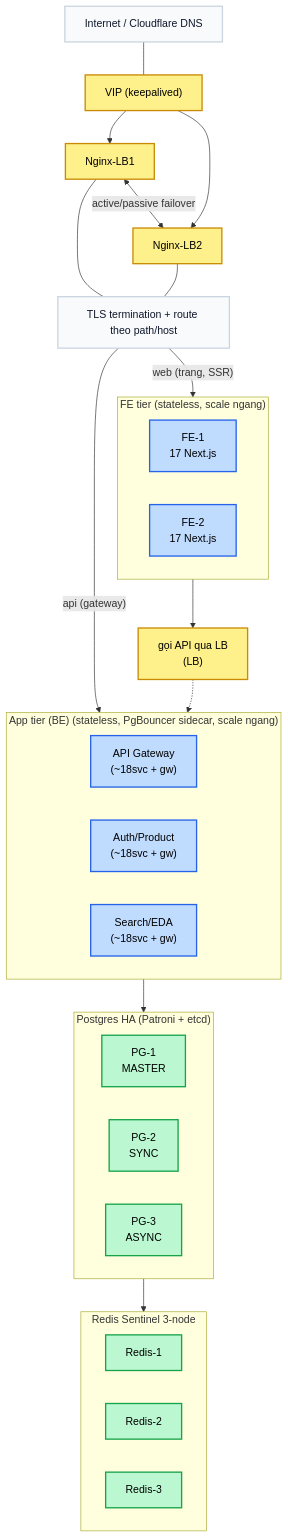
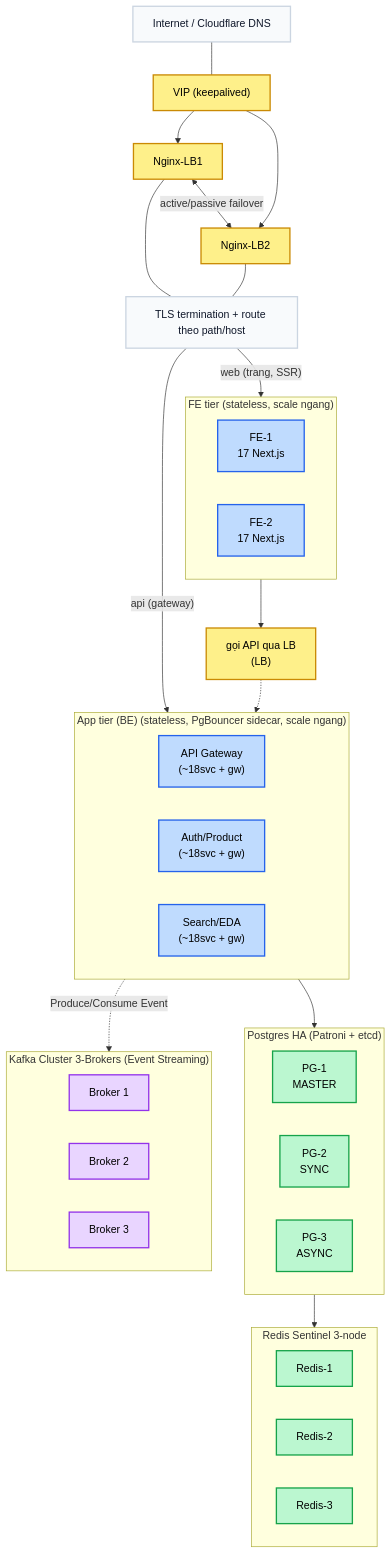
Before and after one commit to Vtvuong93/Mo_Hinh_Services_Shoppee: the second of 5 diagrams in shoppee-services.md, drawn with Mermaid. The commit also changed other lines of this file, not shown here.

Commit message:
add kafka cluster to diagram 1.2

````diff
--- a/shoppee-services.md
+++ b/shoppee-services.md
@@ -83,54 +82,63 @@
 ```mermaid
 flowchart TB
     classDef client fill:#f8fafc,stroke:#cbd5e1,stroke-width:2px,color:#0f172a;
     classDef lb fill:#fef08a,stroke:#ca8a04,stroke-width:2px,color:#000;
     classDef svc fill:#bfdbfe,stroke:#2563eb,stroke-width:2px,color:#000;
     classDef db fill:#bbf7d0,stroke:#16a34a,stroke-width:2px,color:#000;
+    classDef event fill:#e9d5ff,stroke:#9333ea,stroke-width:2px,color:#000;
 
     Internet["Internet / Cloudflare DNS"]:::client
     VIP["VIP (keepalived)"]:::lb
     Internet --- VIP
     
     Nginx1["Nginx-LB1"]:::lb <-- "active/passive failover" --> Nginx2["Nginx-LB2"]:::lb
     VIP --> Nginx1 & Nginx2
     
     TLS["TLS termination + route theo path/host"]:::client
     Nginx1 & Nginx2 --- TLS
     
     subgraph FETier ["FE tier (stateless, scale ngang)"]
         direction LR
         FE1["FE-1\n17 Next.js"]:::svc
         FE2["FE-2\n17 Next.js"]:::svc
     end
     
     subgraph AppTier ["App tier (BE) (stateless, PgBouncer sidecar, scale ngang)"]
         direction LR
         App1["API Gateway\n(~18svc + gw)"]:::svc
         App2["Auth/Product\n(~18svc + gw)"]:::svc
         App3["Search/EDA\n(~18svc + gw)"]:::svc
     end
 
     TLS -->|"web (trang, SSR)"| FETier
     TLS -->|"api (gateway)"| AppTier
 
     InternalLB["gọi API qua LB\n(LB)"]:::lb
     FETier --> InternalLB
     InternalLB -.-> AppTier
 
     subgraph Postgres ["Postgres HA (Patroni + etcd)"]
         direction LR
         PG1["PG-1\nMASTER"]:::db
         PG2["PG-2\nSYNC"]:::db
         PG3["PG-3\nASYNC"]:::db
     end
 
     subgraph Redis ["Redis Sentinel 3-node"]
         direction LR
         R1["Redis-1"]:::db
         R2["Redis-2"]:::db
         R3["Redis-3"]:::db
     end
 
     AppTier --> Postgres
     Postgres --> Redis
+
+    subgraph Kafka ["Kafka Cluster 3-Brokers (Event Streaming)"]
+        direction LR
+        K1["Broker 1"]:::event
+        K2["Broker 2"]:::event
+        K3["Broker 3"]:::event
+    end
+    AppTier -.->|"Produce/Consume Event"| Kafka
 ```
````
